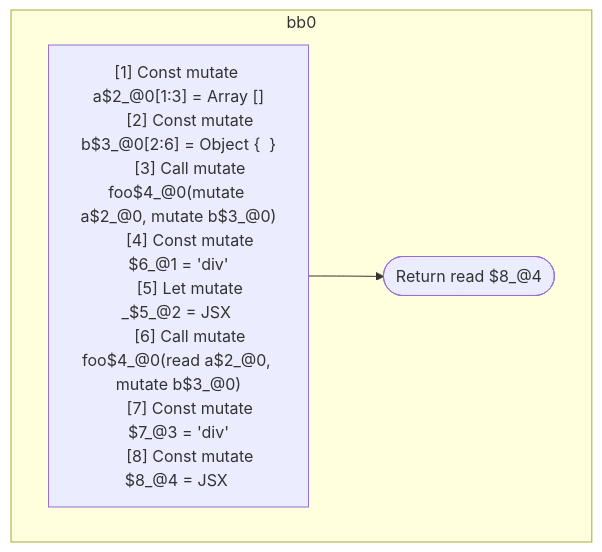
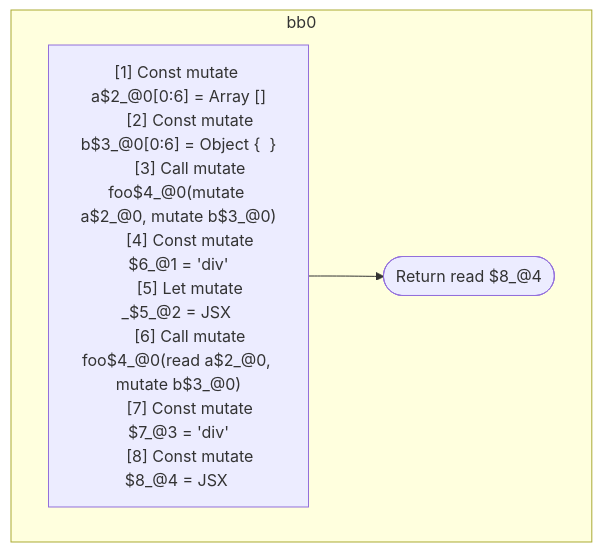
The second of 2 diagrams in compiler/forget/src/__tests__/fixtures/hir/ssa-call-jsx.expect.md (wutsmog/private), drawn with Mermaid before and after one commit. The commit also changed other lines of this file and 33 other files, not shown here.

````diff
--- a/compiler/forget/src/__tests__/fixtures/hir/ssa-call-jsx.expect.md
+++ b/compiler/forget/src/__tests__/fixtures/hir/ssa-call-jsx.expect.md
@@ -63,20 +63,20 @@
 ```mermaid
 flowchart TB
   %% Basic Blocks
   subgraph bb0
     bb0_instrs["
-      [1] Const mutate a$2_@0[1:3] = Array []
-      [2] Const mutate b$3_@0[2:6] = Object {  }
+      [1] Const mutate a$2_@0[0:6] = Array []
+      [2] Const mutate b$3_@0[0:6] = Object {  }
       [3] Call mutate foo$4_@0(mutate a$2_@0, mutate b$3_@0)
       [4] Const mutate $6_@1 = 'div'
       [5] Let mutate _$5_@2 = JSX <read $6_@1 a={freeze a$2_@0} ></read $6_@1>
       [6] Call mutate foo$4_@0(read a$2_@0, mutate b$3_@0)
       [7] Const mutate $7_@3 = 'div'
       [8] Const mutate $8_@4 = JSX <read $7_@3 a={read a$2_@0} b={freeze b$3_@0} ></read $7_@3>
     "]
     bb0_instrs --> bb0_terminal(["Return read $8_@4"])
   end
 
   %% Jumps
   %% empty
 ```
````
